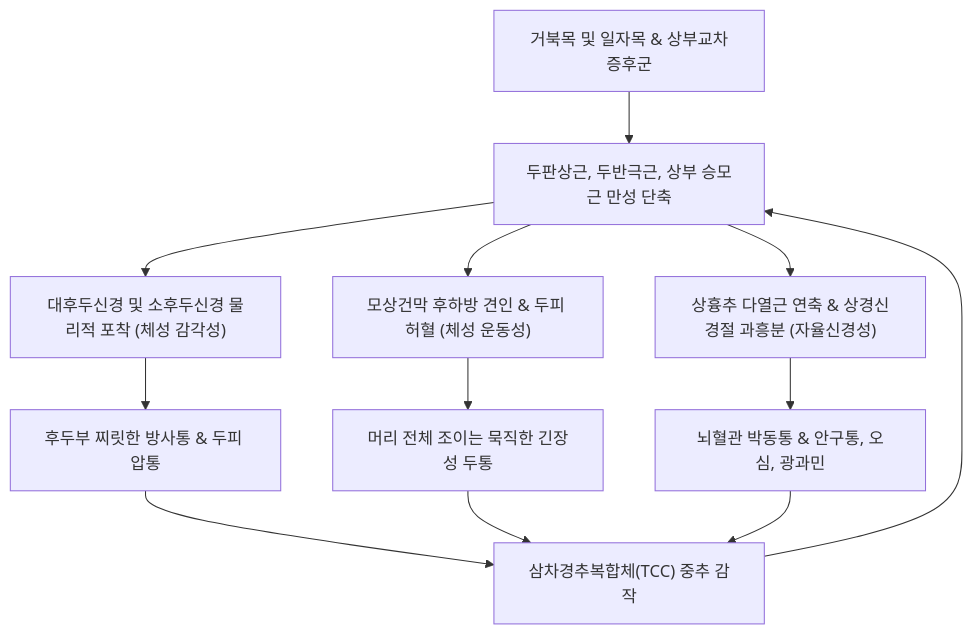
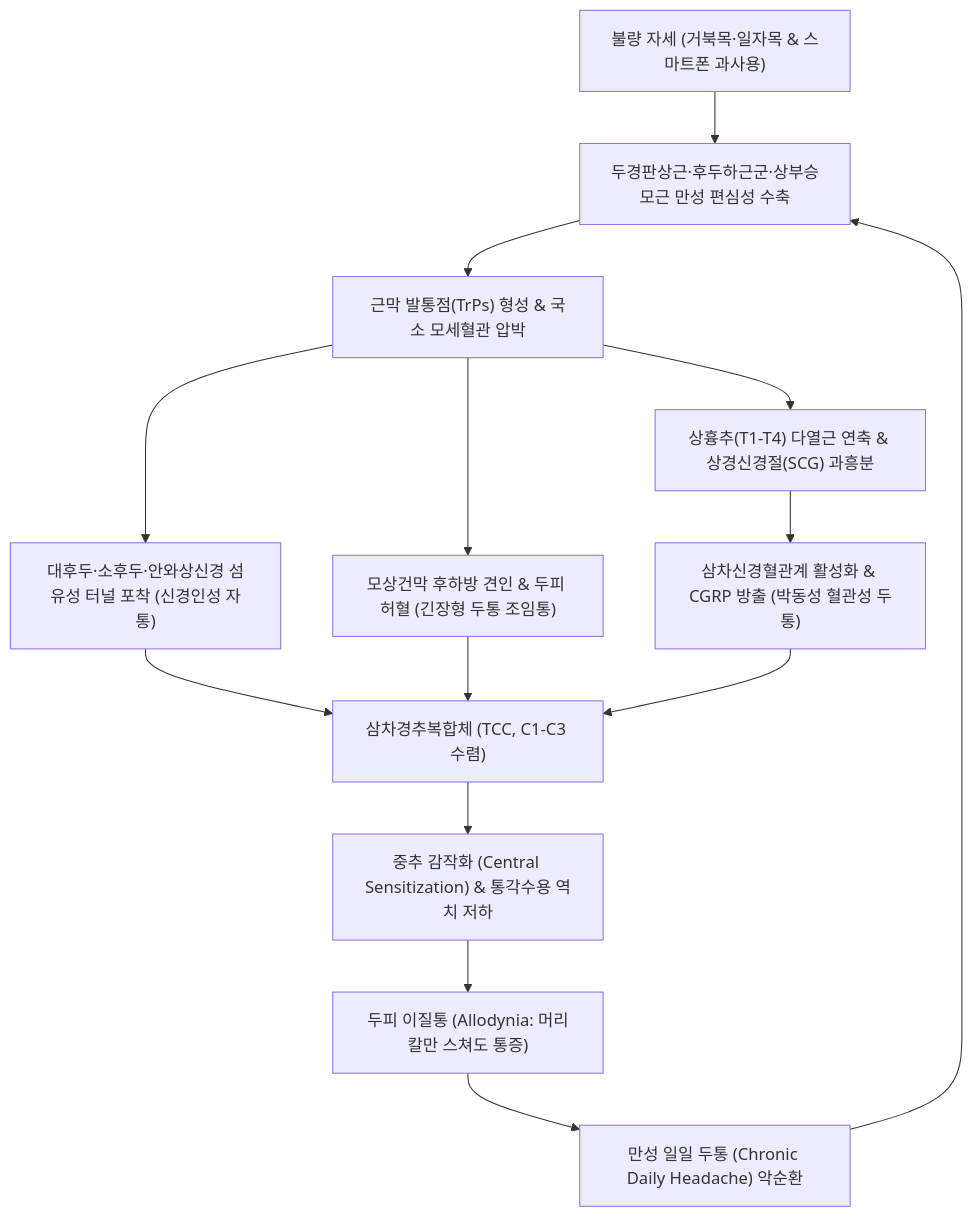
One commit to simbio11/simbio-digital-garden2 changed the diagram in content/3. 이론 공부/질환/근골격계 질환/두경부/두통.md. Above: the diagram before and after it, drawn with Mermaid. The commit also changed other lines of this file and 44 other files, not shown here.

````diff
--- a/content/3. 이론 공부/질환/근골격계 질환/두경부/두통.md
+++ b/content/3. 이론 공부/질환/근골격계 질환/두경부/두통.md
@@ -82,14 +133,16 @@
 ```mermaid
 graph TD
-    PoorPosture["거북목 및 일자목 & 상부교차증후군"] --> MuscleStrain["두판상근, 두반극근, 상부 승모근 만성 단축"]
-    MuscleStrain --> Entrapment["대후두신경 및 소후두신경 물리적 포착 (체성 감각성)"]
-    MuscleStrain --> GaleaTension["모상건막 후하방 견인 & 두피 허혈 (체성 운동성)"]
-    MuscleStrain --> SCG_Drive["상흉추 다열근 연축 & 상경신경절 과흥분 (자율신경성)"]
-    Entrapment --> SensoryPain["후두부 찌릿한 방사통 & 두피 압통"]
-    GaleaTension --> TensionPain["머리 전체 조이는 묵직한 긴장성 두통"]
-    SCG_Drive --> VascularPain["뇌혈관 박동통 & 안구통, 오심, 광과민"]
-    SensoryPain --> CentralSensitization["삼차경추복합체(TCC) 중추 감작"]
-    TensionPain --> CentralSensitization
-    VascularPain --> CentralSensitization
-    CentralSensitization --> MuscleStrain
+    ForwardHead["불량 자세 (거북목·일자목 & 스마트폰 과사용)"] --> KineticStrain["두경판상근·후두하근군·상부승모근 만성 편심성 수축"]
+    KineticStrain --> MyofascialTrigger["근막 발통점(TrPs) 형성 & 국소 모세혈관 압박"]
+    MyofascialTrigger --> SomaticMotor["모상건막 후하방 견인 & 두피 허혈 (긴장형 두통 조임통)"]
+    MyofascialTrigger --> SomaticSensory["대후두·소후두·안와상신경 섬유성 터널 포착 (신경인성 자통)"]
+    MyofascialTrigger --> ThoracicSpasm["상흉추(T1-T4) 다열근 연축 & 상경신경절(SCG) 과흥분"]
+    ThoracicSpasm --> NeuroVascular["삼차신경혈관계 활성화 & CGRP 방출 (박동성 혈관성 두통)"]
+    SomaticSensory --> TCC["삼차경추복합체 (TCC, C1-C3 수렴)"]
+    SomaticMotor --> TCC
+    NeuroVascular --> TCC
+    TCC --> CentralSensitization["중추 감작화 (Central Sensitization) & 통각수용 역치 저하"]
+    CentralSensitization --> Allodynia["두피 이질통 (Allodynia: 머리칼만 스쳐도 통증)"]
+    Allodynia --> ChronicHeadache["만성 일일 두통 (Chronic Daily Headache) 악순환"]
+    ChronicHeadache --> KineticStrain
 ```
````
